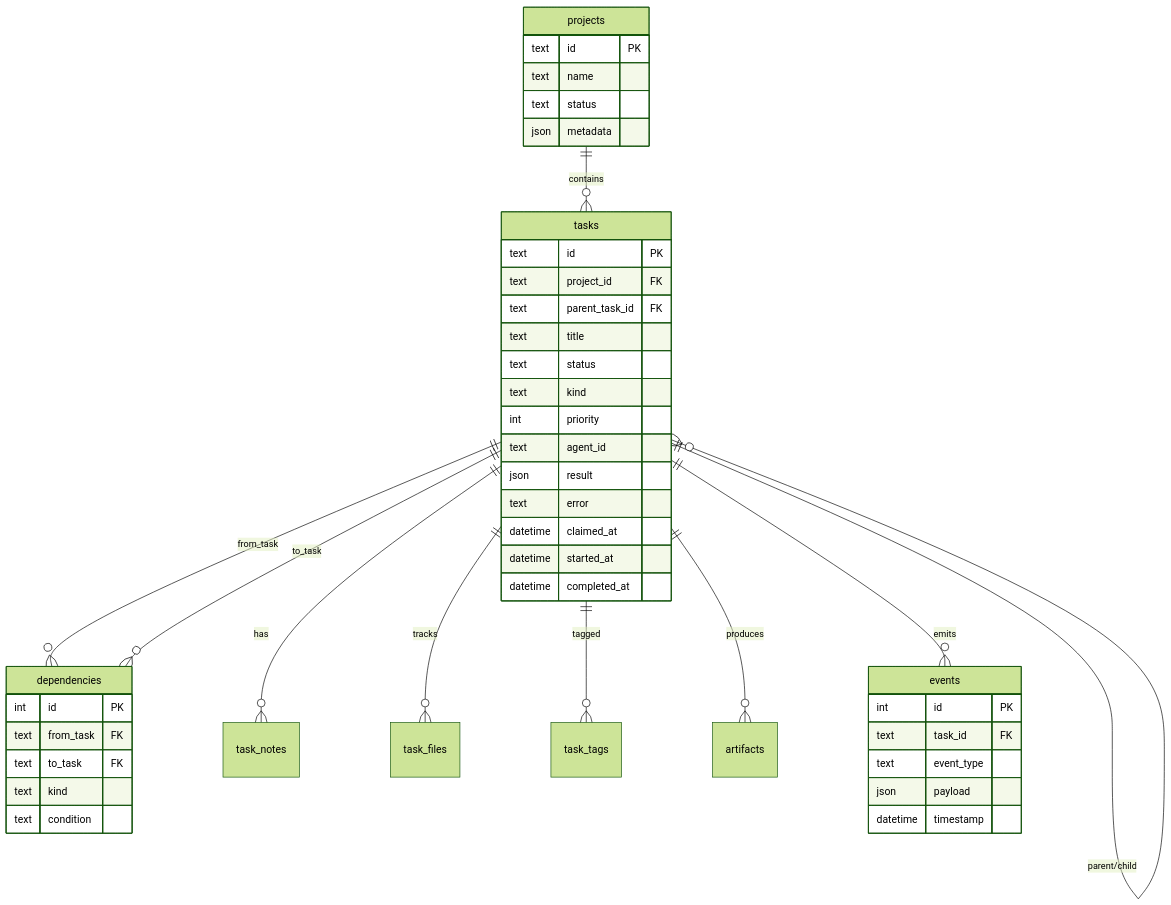
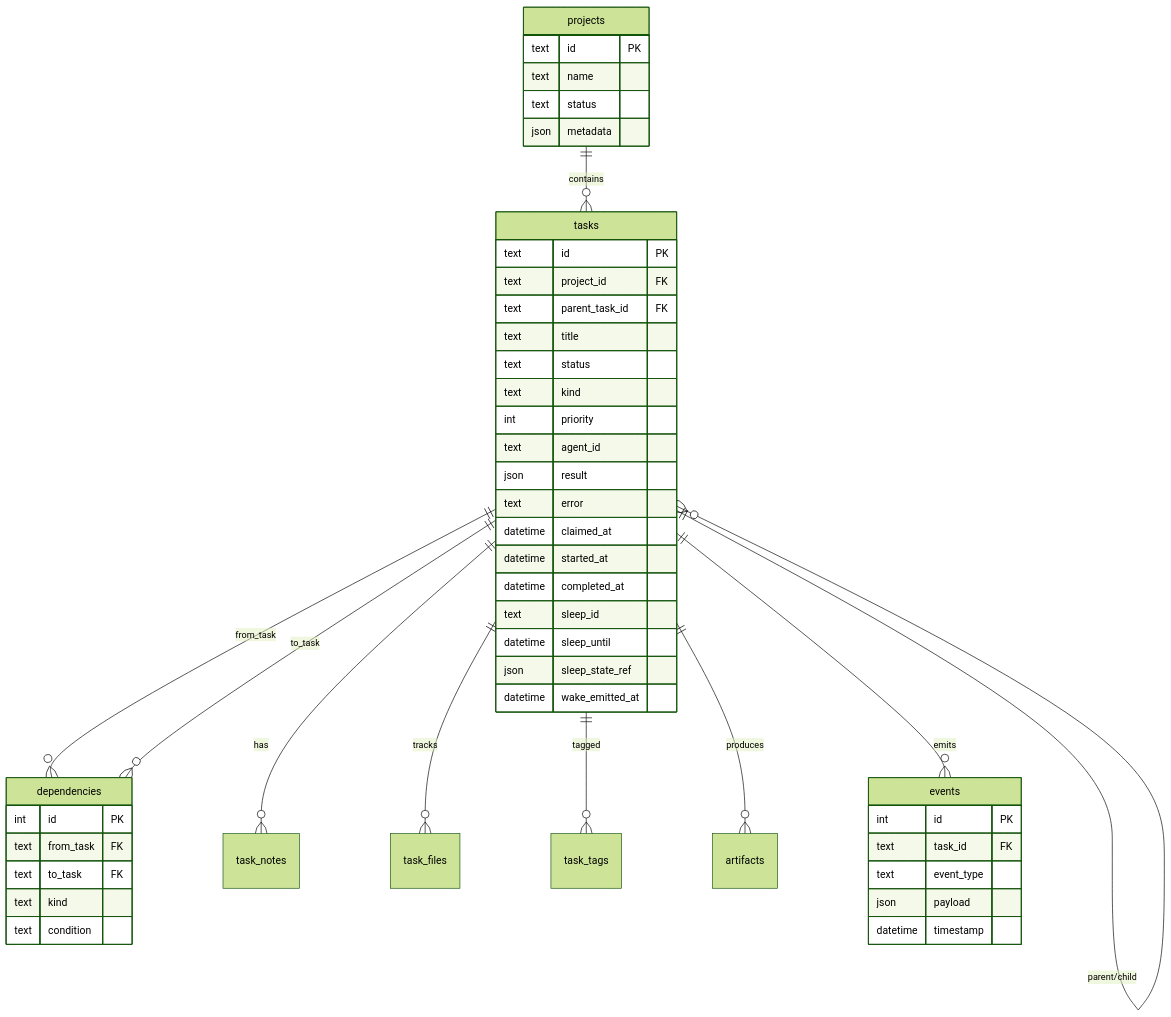
Before and after one commit to BudEcosystem/taskgraph: diagram 11 of 11 in docs/ARCHITECTURE.md, drawn with Mermaid (forest theme). The commit also changed other lines of this file and 17 other files, not shown here.

Commit message:
Add durable task sleep and wake

````diff
--- a/docs/ARCHITECTURE.md
+++ b/docs/ARCHITECTURE.md
@@ -387,51 +447,55 @@
 ```mermaid
 erDiagram
     projects ||--o{ tasks : contains
     tasks ||--o{ tasks : "parent/child"
     tasks ||--o{ dependencies : "from_task"
     tasks ||--o{ dependencies : "to_task"
     tasks ||--o{ task_notes : has
     tasks ||--o{ task_files : tracks
     tasks ||--o{ task_tags : tagged
     tasks ||--o{ artifacts : produces
     tasks ||--o{ events : emits
     
     projects {
         text id PK
         text name
         text status
         json metadata
     }
     
     tasks {
         text id PK
         text project_id FK
         text parent_task_id FK
         text title
         text status
         text kind
         int priority
         text agent_id
         json result
         text error
         datetime claimed_at
         datetime started_at
         datetime completed_at
+        text sleep_id
+        datetime sleep_until
+        json sleep_state_ref
+        datetime wake_emitted_at
     }
     
     dependencies {
         int id PK
         text from_task FK
         text to_task FK
         text kind
         text condition
     }
     
     events {
         int id PK
         text task_id FK
         text event_type
         json payload
         datetime timestamp
     }
 ```
````
